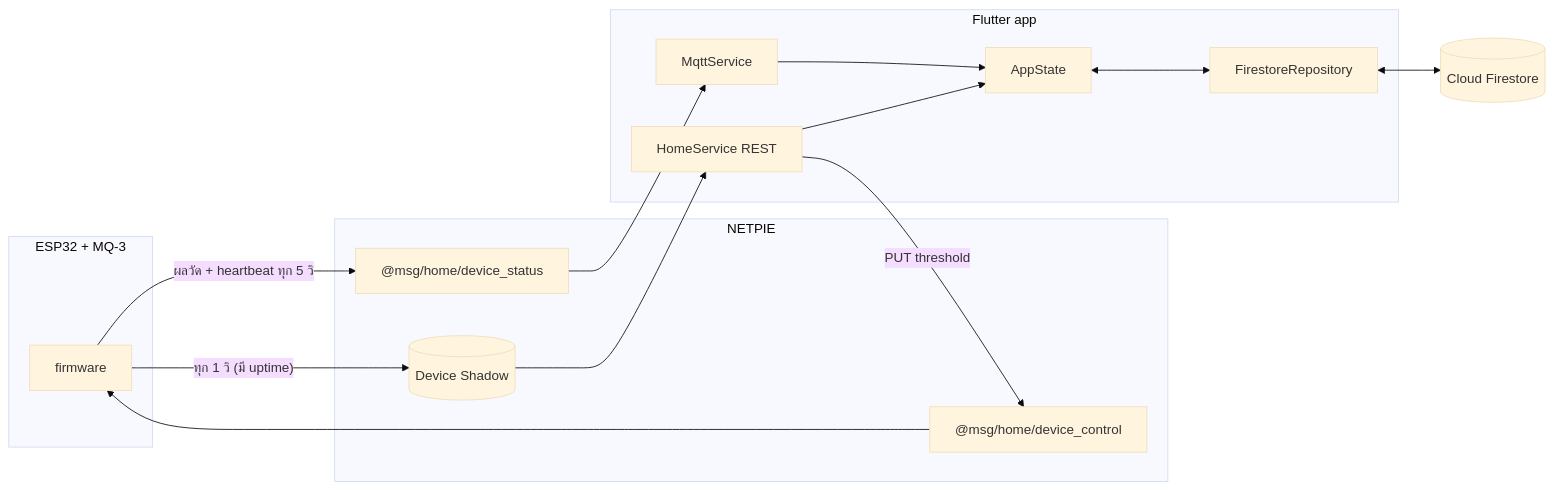
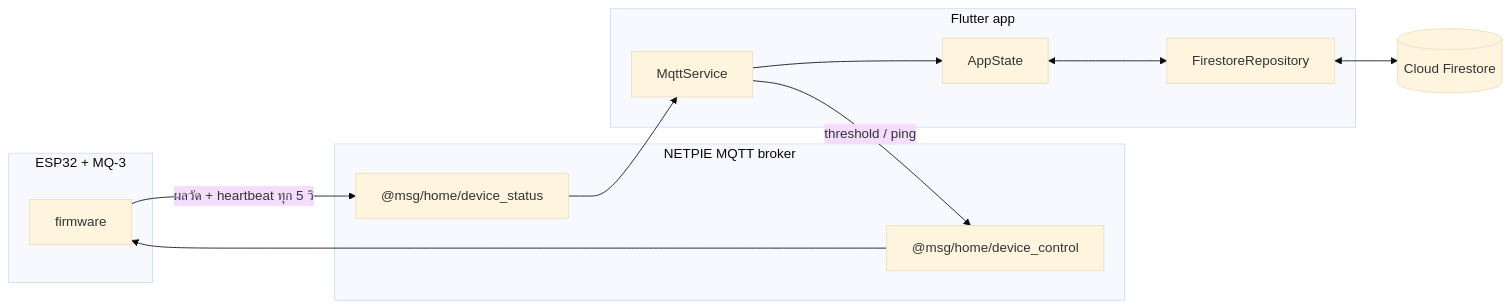
One commit to Catboyz-45/alcohol-monitor-app changed the diagram in README.md. Above: the diagram before and after it, drawn with Mermaid (base theme). The commit also changed other lines of this file and 51 other files, not shown here.

````diff
--- a/README.md
+++ b/README.md
@@ -27,21 +27,18 @@
 ```mermaid
 flowchart LR
   subgraph Board[ESP32 + MQ-3]
     FW[firmware]
   end
-  subgraph NETPIE
+  subgraph NETPIE[NETPIE MQTT broker]
     MSG["@msg/home/device_status"]
     CTRL["@msg/home/device_control"]
-    SH[(Device Shadow)]
   end
   subgraph App[Flutter app]
     MQ[MqttService]
-    HS[HomeService REST]
     ST[AppState]
     FS[FirestoreRepository]
   end
   FW -- "ผลวัด + heartbeat ทุก 5 วิ" --> MSG --> MQ --> ST
-  FW -- "ทุก 1 วิ (มี uptime)" --> SH --> HS --> ST
-  HS -- "PUT threshold" --> CTRL --> FW
+  MQ -- "threshold / ping" --> CTRL --> FW
   ST <--> FS <--> FB[(Cloud Firestore)]
 ```
````
